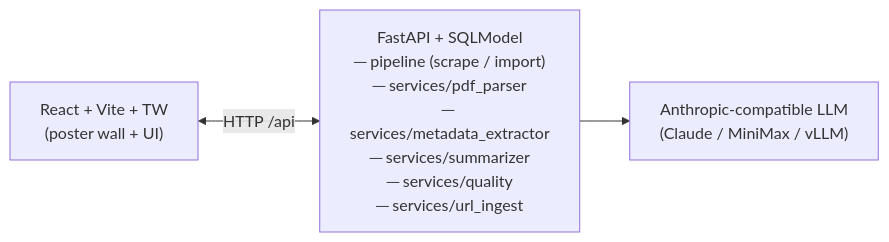
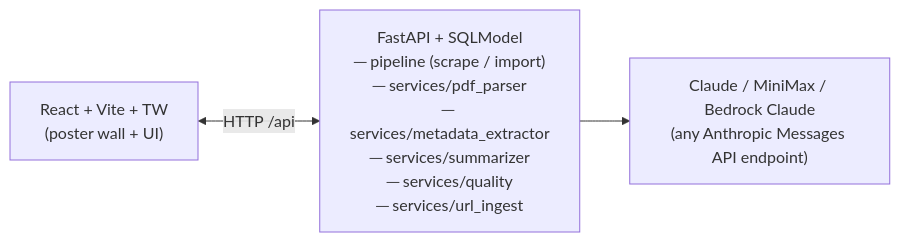
The diagram in README.md (YangSJ2019/Paperfin), drawn with Mermaid before and after one commit. The commit also changed other lines of this file and 4 other files, not shown here.

````diff
--- a/README.md
+++ b/README.md
@@ -44,9 +45,9 @@
 ```mermaid
 flowchart LR
     FE["React + Vite + TW<br/>(poster wall + UI)"]
     BE["FastAPI + SQLModel<br/>─ pipeline (scrape / import)<br/>─ services/pdf_parser<br/>─ services/metadata_extractor<br/>─ services/summarizer<br/>─ services/quality<br/>─ services/url_ingest"]
-    LLM["Anthropic-compatible LLM<br/>(Claude / MiniMax / vLLM)"]
+    LLM["Claude / MiniMax / Bedrock Claude<br/>(any Anthropic Messages API endpoint)"]
 
     FE <-- "HTTP /api" --> BE
     BE --> LLM
 ```
````
